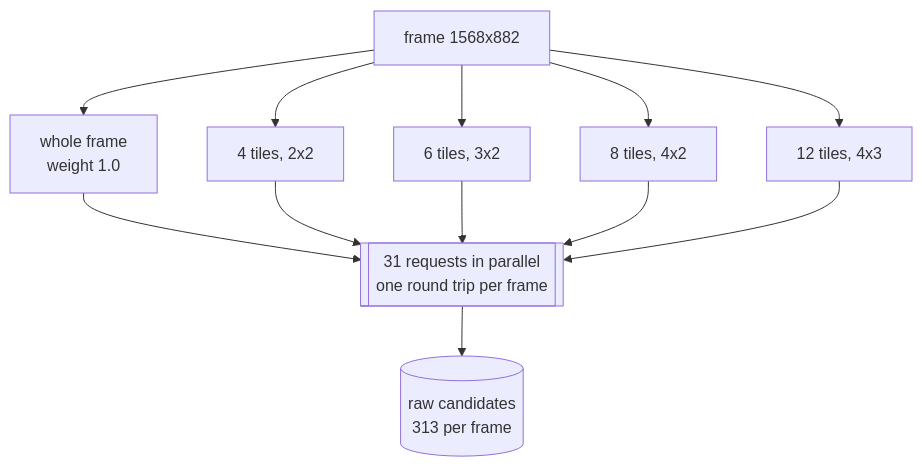
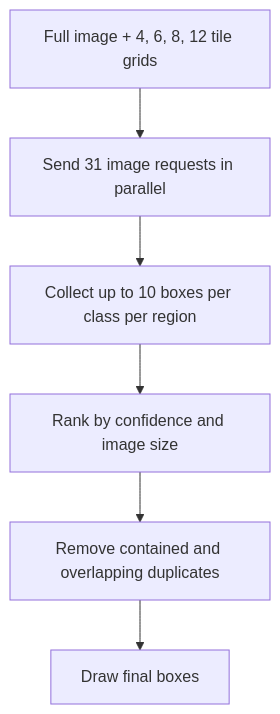
One commit to Amr-devman/jev-self-driving-vision-demo changed the second of 2 diagrams in README.md. Above: the diagram before and after it, drawn with Mermaid. The commit also changed other lines of this file, not shown here.

````diff
--- a/README.md
+++ b/README.md
@@ -140,14 +52,8 @@
 ```mermaid
 flowchart TB
-    F[frame 1568x882] --> L0["whole frame<br/>weight 1.0"]
-    F --> G4["4 tiles, 2x2"]
-    F --> G6["6 tiles, 3x2"]
-    F --> G8["8 tiles, 4x2"]
-    F --> G12["12 tiles, 4x3"]
-    L0 --> P[["31 requests in parallel<br/>one round trip per frame"]]
-    G4 --> P
-    G6 --> P
-    G8 --> P
-    G12 --> P
-    P --> C[("raw candidates<br/>313 per frame")]
+    A["Full image + 4, 6, 8, 12 tile grids"] --> B["Send 31 image requests in parallel"]
+    B --> C["Collect up to 10 boxes per class per region"]
+    C --> D["Rank by confidence and image size"]
+    D --> E["Remove contained and overlapping duplicates"]
+    E --> F["Draw final boxes"]
 ```
````
